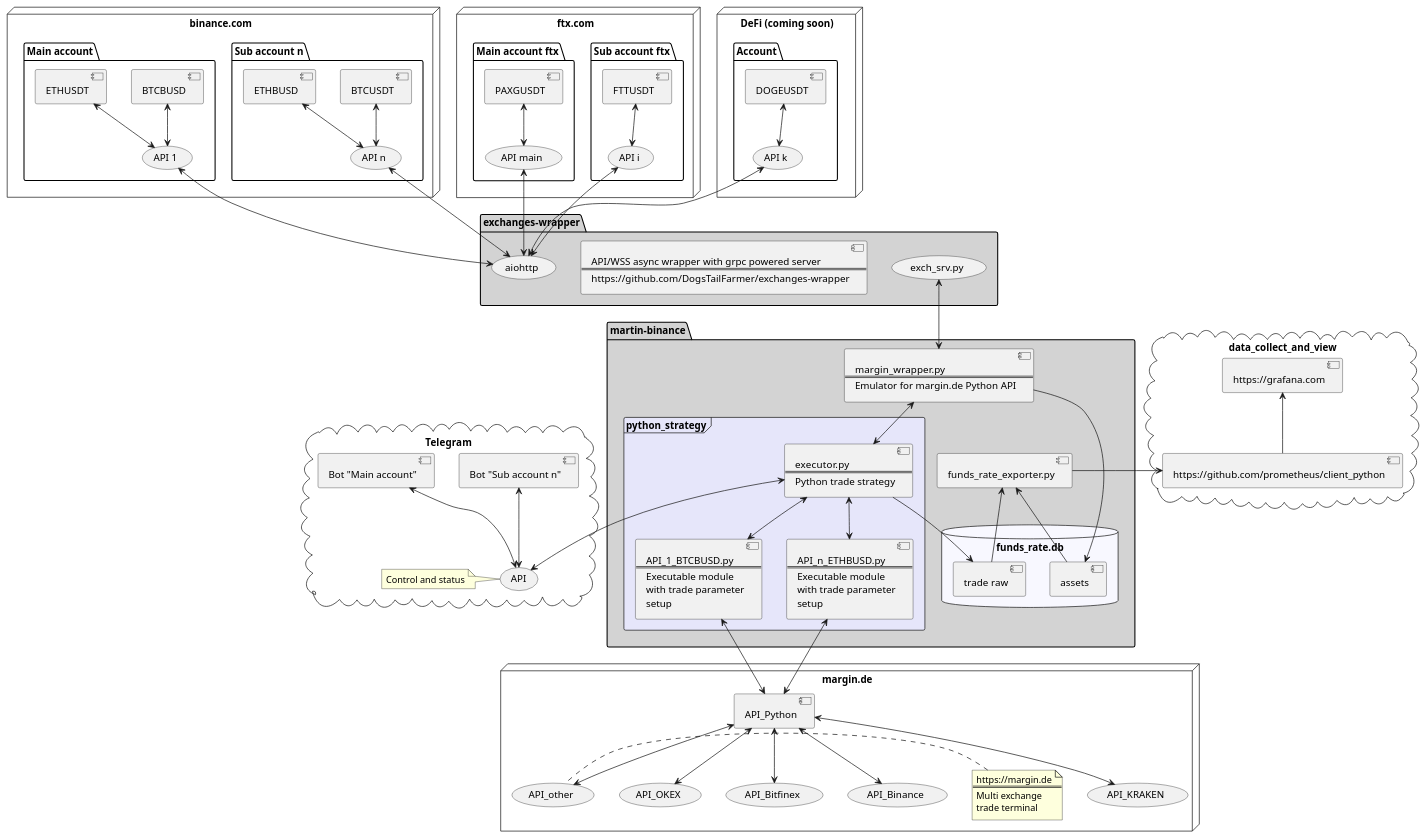
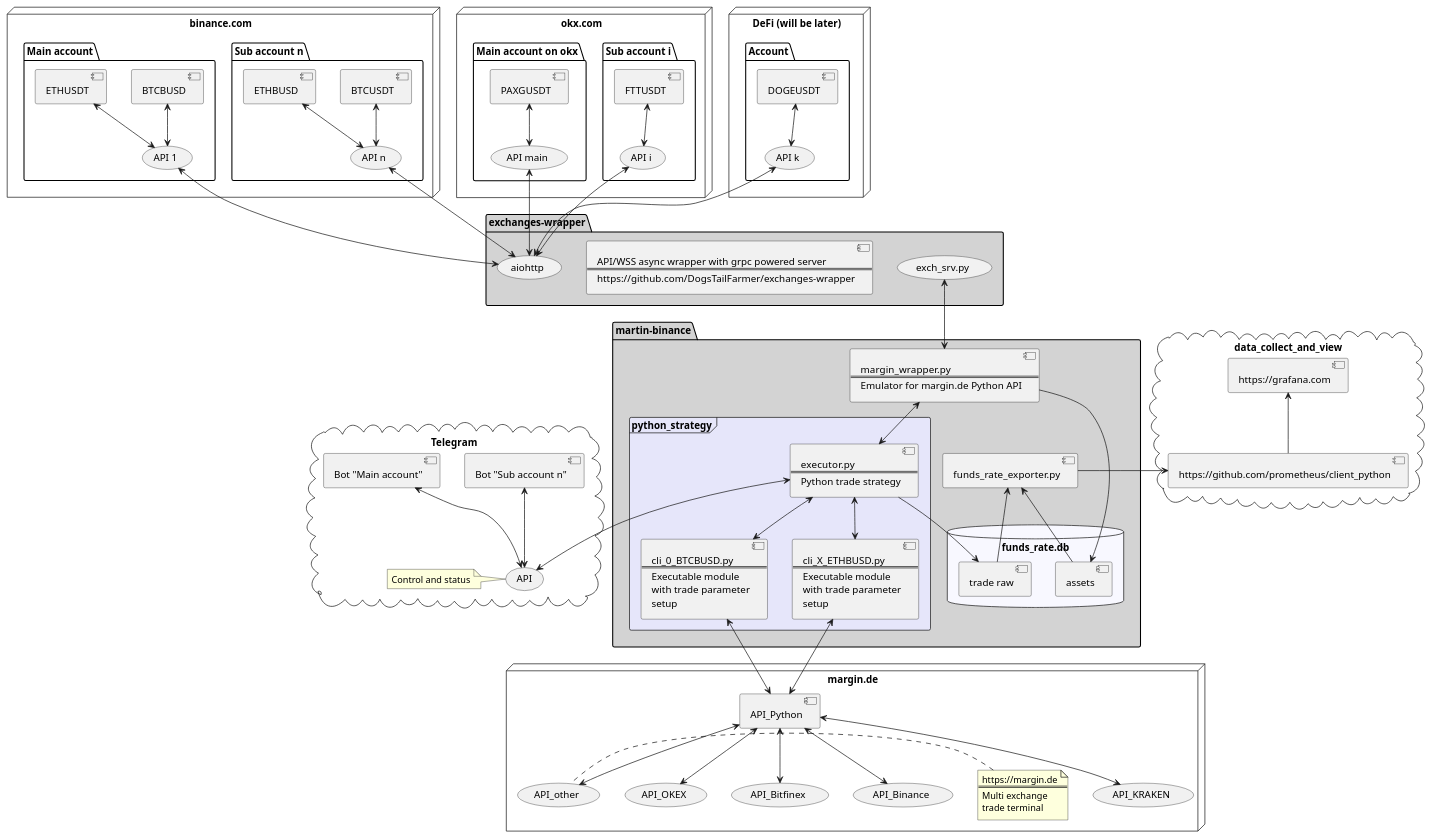
One commit to DogsTailFarmer/martin-binance changed the diagram in uml/architecture.puml. Above: the diagram before and after it, drawn with PlantUML. The commit also changed 12 other files, not shown here.

```diff
--- a/uml/architecture.puml
+++ b/uml/architecture.puml
@@ -1,115 +1,115 @@
 @startuml
 'https://plantuml.com/component-diagram
 
 node "binance.com" {
     package "Sub account n" {
         [BTCUSDT] <--> (API n)
         [ETHBUSD] <--> (API n)
   }
     package "Main account" {
         [BTCBUSD] <--> (API 1)
         [ETHUSDT] <--> (API 1)
   }
 }
 
-node "ftx.com" {
-    package "Sub account ftx" {
+node "okx.com" {
+    package "Sub account i" {
         [FTTUSDT] <--> (API i)
   }
-     package "Main account ftx" {
+     package "Main account on okx" {
         [PAXGUSDT] <--> (API main)
   }
 }
 
-node "DeFi (coming soon)" {
+node "DeFi (will be later)" {
      package "Account" {
         [DOGEUSDT] <--> (API k)
   }
 }
 
 package "exchanges-wrapper" #D3D3D3 {
     component ew [API/WSS async wrapper with grpc powered server
     ===
     https://github.com/DogsTailFarmer/exchanges-wrapper]
     (aiohttp)
     (exch_srv.py) as srv
 }
 
 package "martin-binance" #D3D3D3 {
     [funds_rate_exporter.py] as exp
     database funds_rate.db #F8F8FF {
     [assets] -up-> exp
     [trade raw] -up-> exp
     }
     component mw [
         margin_wrapper.py
         ===
         Emulator for margin.de Python API
     ]
     frame python_strategy #E6E6FA {
         component ex [
             executor.py
             ===
             Python trade strategy
         ]
         component c1 [
-            API_1_BTCBUSD.py
+            cli_0_BTCBUSD.py
             ===
             Executable module
             with trade parameter
             setup
         ]
         component cn [
-            API_n_ETHBUSD.py
+            cli_X_ETHBUSD.py
             ===
             Executable module
             with trade parameter
             setup
         ]
    }
 [mw] <-up-> [srv]
 [ex] <-up-> [mw]
 [c1] <-up-> [ex]
 [cn] <-up-> [ex]
 }
 
 cloud Telegram {
     [Bot "Sub account n"] <-down-> (API)
     [Bot "Main account"] <-down-> (API)
     note left of API : Control and status
 }
 
 cloud data_collect_and_view {
 [https://grafana.com] as gr
 [https://github.com/prometheus/client_python] as prom
 }
 
 node "margin.de" {
     (API_OKEX) <-up-> [API_Python]
     (API_KRAKEN) <-up-> [API_Python]
     (API_Bitfinex) <-up-> [API_Python]
     (API_Binance) <-up-> [API_Python]
     (API_other) <-up-> [API_Python]
     note left
         https://margin.de
         ===
         Multi exchange
         trade terminal
     end note
 }
 
 
 [aiohttp] <-up-> (API 1)
 [aiohttp] <-up-> (API n)
 [aiohttp] <-up-> (API main)
 [aiohttp] <-up-> (API i)
 [aiohttp] <-up-> (API k)
 [c1] <-down-> [API_Python]
 [cn] <-down-> [API_Python]
 [ex] --> [trade raw]
 [mw] --> [assets]
 [exp] -left-> prom
 prom -up-> gr
 [ex] <--> API
 
 @enduml
```
